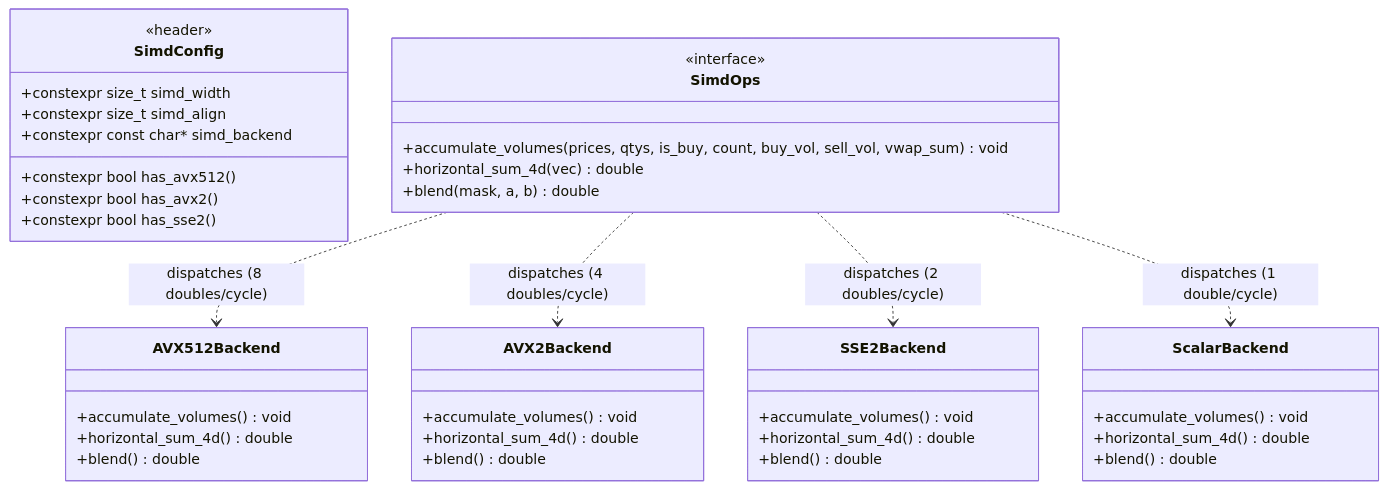
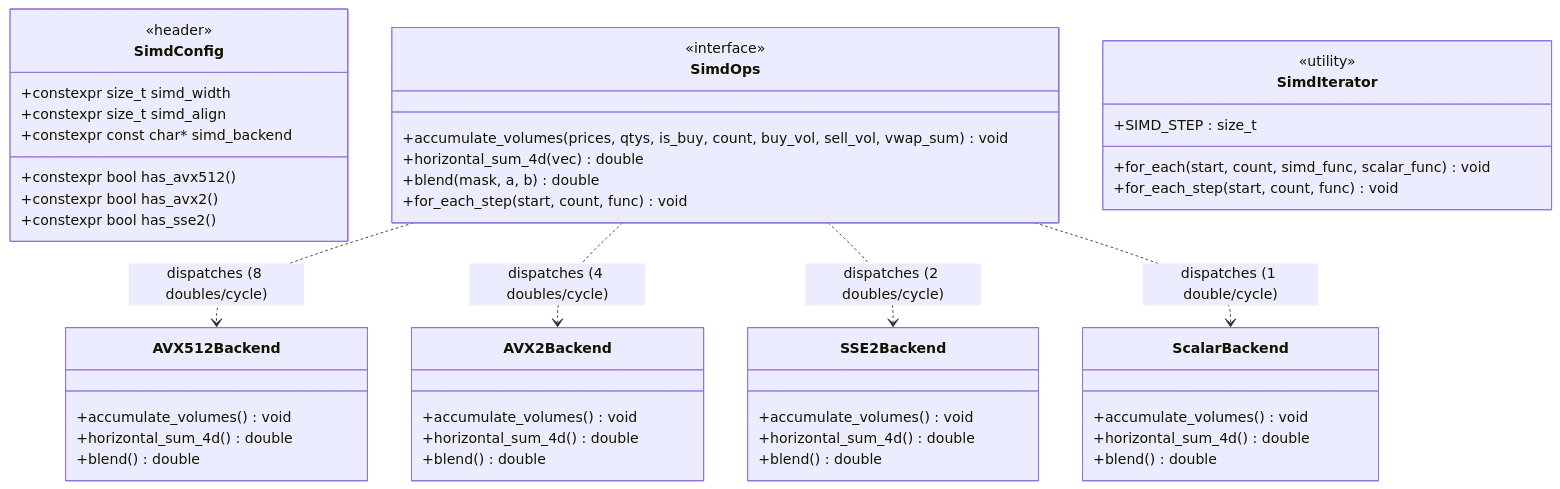
The ninth of 13 diagrams in ARCHITECTURE.md (orhanveliesen/hft-trading-system), drawn with Mermaid before and after one commit. The commit also changed other lines of this file, not shown here.

First line of the commit message:
[DOCS] #38: Update ARCHITECTURE.md for OrderFlowMetrics refactoring

````diff
--- a/ARCHITECTURE.md
+++ b/ARCHITECTURE.md
@@ -657,48 +677,56 @@
 ```mermaid
 classDiagram
     class SimdConfig {
         <<header>>
         +constexpr size_t simd_width
         +constexpr size_t simd_align
         +constexpr const char* simd_backend
         +constexpr bool has_avx512()
         +constexpr bool has_avx2()
         +constexpr bool has_sse2()
     }
 
     class SimdOps {
         <<interface>>
         +accumulate_volumes(prices, qtys, is_buy, count, buy_vol, sell_vol, vwap_sum) void
         +horizontal_sum_4d(vec) double
         +blend(mask, a, b) double
+        +for_each_step(start, count, func) void
+    }
+
+    class SimdIterator {
+        <<utility>>
+        +SIMD_STEP : size_t
+        +for_each(start, count, simd_func, scalar_func) void
+        +for_each_step(start, count, func) void
     }
 
     class AVX512Backend {
         +accumulate_volumes() void
         +horizontal_sum_4d() double
         +blend() double
     }
 
     class AVX2Backend {
         +accumulate_volumes() void
         +horizontal_sum_4d() double
         +blend() double
     }
 
     class SSE2Backend {
         +accumulate_volumes() void
         +horizontal_sum_4d() double
         +blend() double
     }
 
     class ScalarBackend {
         +accumulate_volumes() void
         +horizontal_sum_4d() double
         +blend() double
     }
 
     SimdOps ..> AVX512Backend : dispatches (8 doubles/cycle)
     SimdOps ..> AVX2Backend : dispatches (4 doubles/cycle)
     SimdOps ..> SSE2Backend : dispatches (2 doubles/cycle)
     SimdOps ..> ScalarBackend : dispatches (1 double/cycle)
 ```
````
